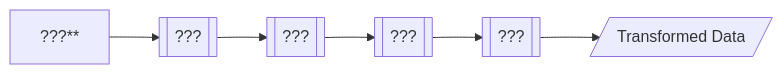
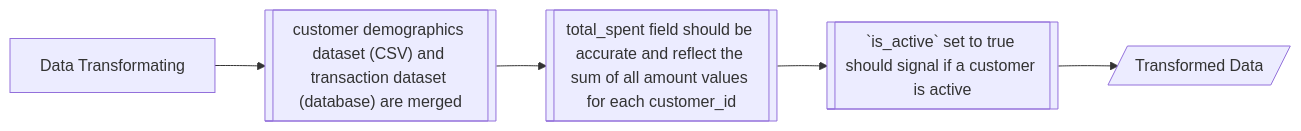
Before and after one commit to tungstennn/etl-example: the third of 4 diagrams in walkthough-activities/activity-2.md, drawn with Mermaid. The commit also changed other lines of this file, not shown here.

````diff
--- a/walkthough-activities/activity-2.md
+++ b/walkthough-activities/activity-2.md
@@ -48,8 +48,7 @@
 ```mermaid
 flowchart LR
-    A[???**] --> B1@{shape: subproc, label: "???"}
-    B1 --> B2@{shape: subproc, label: "???"}
-    B2 --> B3@{shape: subproc, label: "???"}
-    B3 --> B4@{shape: subproc, label: "???"}
-    B4 --> B5@{ shape: lean-r, label: "Transformed Data" }
+    A[Data Transformating] --> B1@{shape: subproc, label: "customer demographics dataset (CSV) and transaction dataset (database) are merged"}
+    B1 --> B2@{shape: subproc, label: "total_spent field should be accurate and reflect the sum of all amount values for each customer_id"}
+    B2 --> B3@{shape: subproc, label: "`is_active` set to true should signal if a customer is active"}
+    B3 --> B4@{ shape: lean-r, label: "Transformed Data" }
 ```
````
